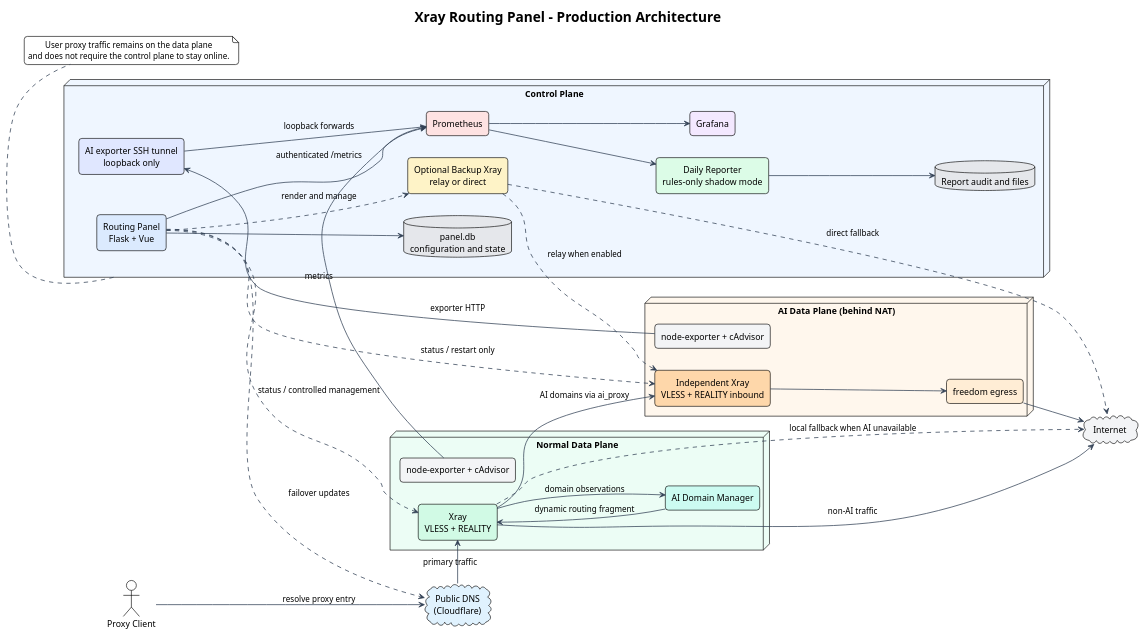
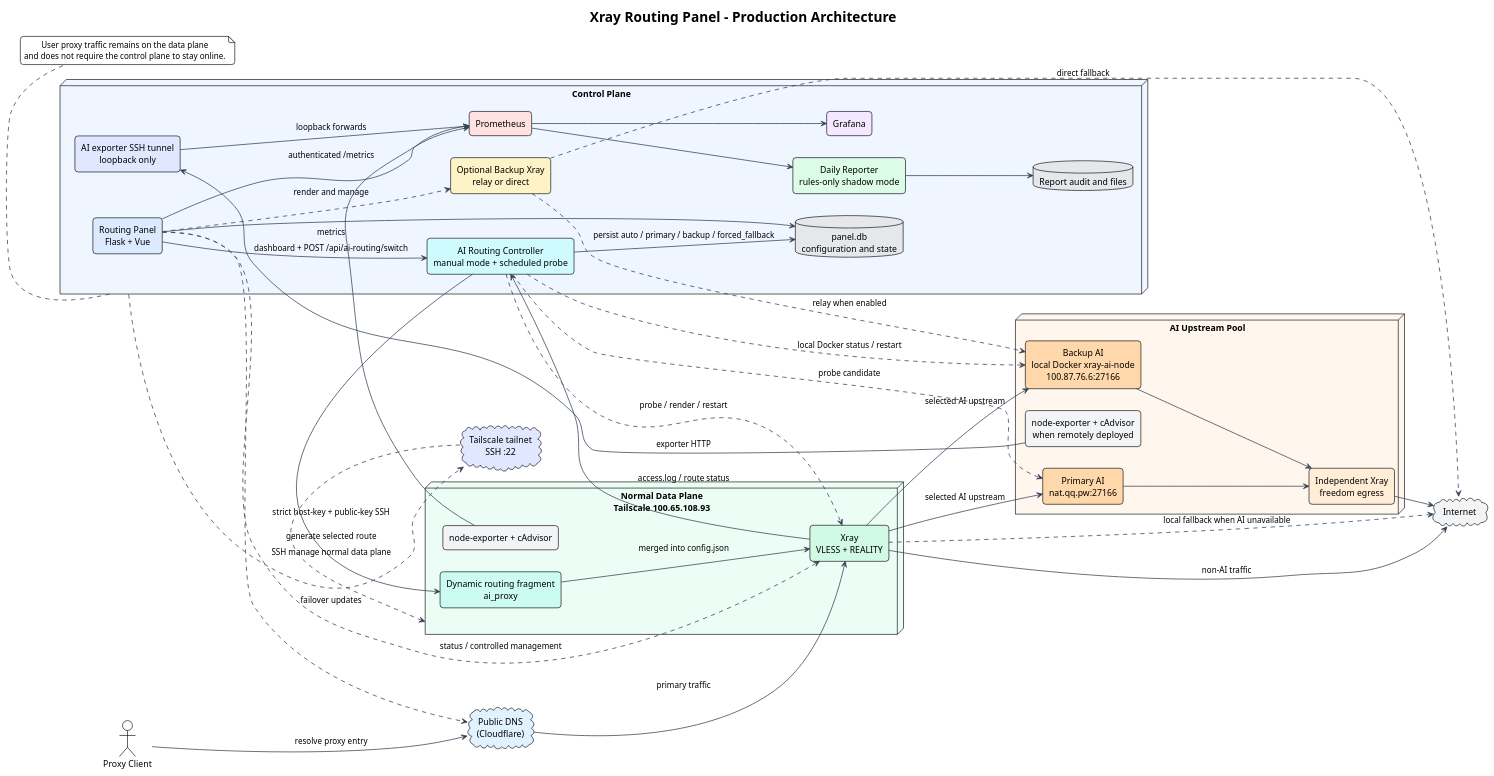
One commit to i-zrhe2016/ai-routing-panel changed the diagram in docs/diagrams/system-architecture.puml. Above: the diagram before and after it, drawn with PlantUML. The commit also changed 28 other files, not shown here.

```diff
--- a/docs/diagrams/system-architecture.puml
+++ b/docs/diagrams/system-architecture.puml
@@ -1,75 +1,87 @@
 @startuml
 !theme plain
 left to right direction
 skinparam backgroundColor #FFFFFF
 skinparam componentStyle rectangle
 skinparam shadowing false
 skinparam roundcorner 10
 skinparam ArrowColor #334155
 skinparam ArrowThickness 1.2
 skinparam defaultFontName Arial
 skinparam defaultTextAlignment center
 
 title Xray Routing Panel - Production Architecture
 
 actor "Proxy Client" as client
 cloud "Public DNS\n(Cloudflare)" as dns #E0F2FE
 
 node "Control Plane" as control #EFF6FF {
   component "Routing Panel\nFlask + Vue" as panel #DBEAFE
   database "panel.db\nconfiguration and state" as paneldb #E5E7EB
+  component "AI Routing Controller\nmanual mode + scheduled probe" as aiController #CFFAFE
   component "Optional Backup Xray\nrelay or direct" as backup #FEF3C7
   component "Prometheus" as prometheus #FEE2E2
   component "Grafana" as grafana #F3E8FF
   component "Daily Reporter\nrules-only shadow mode" as reporter #DCFCE7
   database "Report audit and files" as reports #E5E7EB
   component "AI exporter SSH tunnel\nloopback only" as tunnel #E0E7FF
 }
 
-node "Normal Data Plane" as normal #ECFDF5 {
+node "Normal Data Plane\nTailscale 100.65.108.93" as normal #ECFDF5 {
   component "Xray\nVLESS + REALITY" as normalXray #D1FAE5
-  component "AI Domain Manager" as domainManager #CCFBF1
+  component "Dynamic routing fragment\nai_proxy" as dynamicRoute #CCFBF1
   component "node-exporter + cAdvisor" as normalMetrics #F3F4F6
 }
 
-node "AI Data Plane (behind NAT)" as ai #FFF7ED {
-  component "Independent Xray\nVLESS + REALITY inbound" as aiXray #FED7AA
-  component "freedom egress" as aiEgress #FFEDD5
-  component "node-exporter + cAdvisor" as aiMetrics #F3F4F6
+node "AI Upstream Pool" as aiPool #FFF7ED {
+  component "Primary AI\nnat.qq.pw:27166" as primaryAi #FED7AA
+  component "Backup AI\nlocal Docker xray-ai-node\n100.87.76.6:27166" as backupAi #FED7AA
+  component "Independent Xray\nfreedom egress" as aiEgress #FFEDD5
+  component "node-exporter + cAdvisor\nwhen remotely deployed" as aiMetrics #F3F4F6
 }
 
 cloud "Internet" as internet #F3F4F6
+cloud "Tailscale tailnet\nSSH :22" as tailnet #E0E7FF
 
 client --> dns : resolve proxy entry
 dns --> normalXray : primary traffic
 normalXray --> internet : non-AI traffic
-normalXray --> aiXray : AI domains via ai_proxy
-aiXray --> aiEgress
+normalXray --> primaryAi : selected AI upstream
+normalXray --> backupAi : selected AI upstream
+primaryAi --> aiEgress
+backupAi --> aiEgress
 aiEgress --> internet
 normalXray ..> internet : local fallback when AI unavailable
 
 panel --> paneldb
+panel --> aiController : dashboard + POST /api/ai-routing/switch
+aiController --> paneldb : persist auto / primary / backup / forced_fallback
+aiController ..> normalXray : probe / render / restart
+aiController ..> primaryAi : probe candidate
+aiController ..> backupAi : local Docker status / restart
 panel ..> normalXray : status / controlled management
-panel ..> aiXray : status / restart only
 panel ..> dns : failover updates
 panel ..> backup : render and manage
-backup ..> aiXray : relay when enabled
+backup ..> backupAi : relay when enabled
 backup ..> internet : direct fallback
 
-domainManager --> normalXray : dynamic routing fragment
-normalXray --> domainManager : domain observations
+aiController --> dynamicRoute : generate selected route
+normalXray --> aiController : access.log / route status
+dynamicRoute --> normalXray : merged into config.json
+control ..> tailnet : SSH manage normal data plane
+tailnet ..> normal : strict host-key + public-key SSH
 
 panel --> prometheus : authenticated /metrics
 normalMetrics --> prometheus : metrics
 aiMetrics --> tunnel : exporter HTTP
 tunnel --> prometheus : loopback forwards
 prometheus --> grafana
 prometheus --> reporter
 reporter --> reports
 
 note bottom of control
   User proxy traffic remains on the data plane
   and does not require the control plane to stay online.
 end note
 
 @enduml
```
